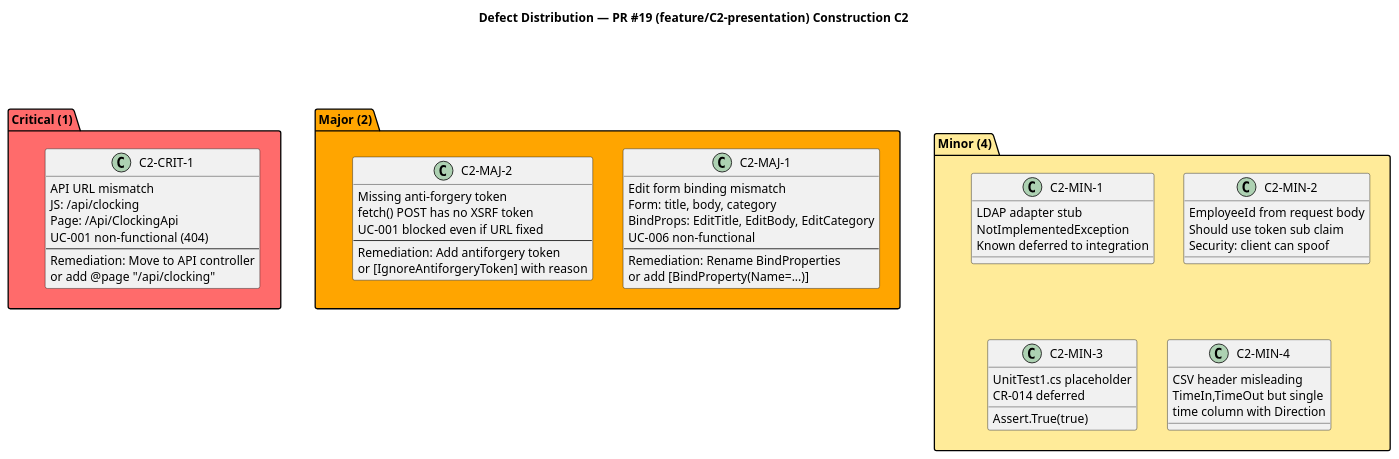
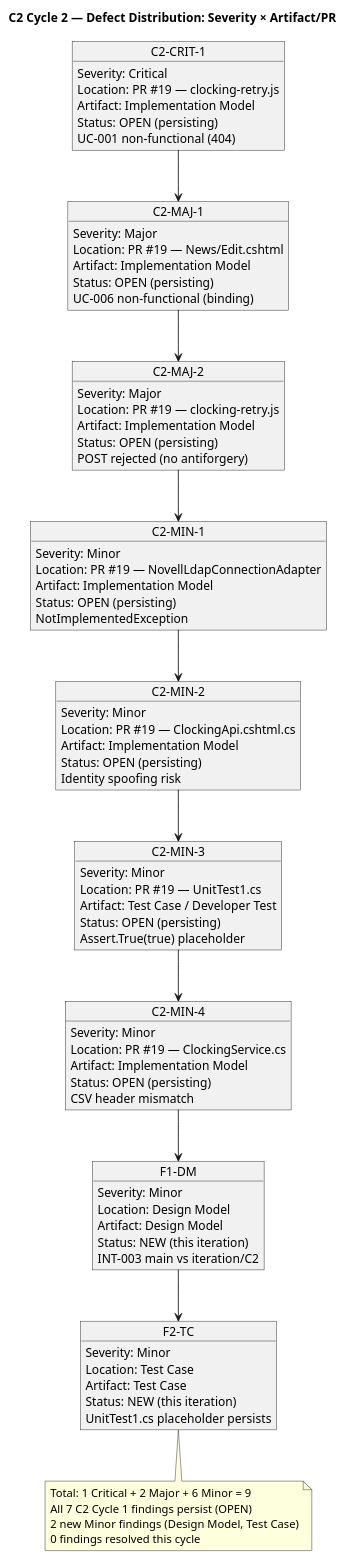
The second of 3 diagrams in docs/artifacts/project-management/review-record.md (banense-test/portal-cuba-corp), drawn with PlantUML before and after one commit. The commit also changed other lines of this file, not shown here.

````diff
--- a/docs/artifacts/project-management/review-record.md
+++ b/docs/artifacts/project-management/review-record.md
@@ -195,67 +186,97 @@
 ```plantuml
 @startuml
-title Defect Distribution — PR #19 (feature/C2-presentation) Construction C2
+title C2 Cycle 2 — Defect Distribution: Severity × Artifact/PR
 
 skinparam classAttributeIconSize 0
 skinparam monochrome false
 
-package "Critical (1)" as crit #FF6B6B {
-  class "C2-CRIT-1" as c1 {
-    API URL mismatch
-    JS: /api/clocking
-    Page: /Api/ClockingApi
-    UC-001 non-functional (404)
-    --
-    Remediation: Move to API controller
-    or add @page "/api/clocking"
-  }
+object "C2-CRIT-1" as CRIT1 {
+  Severity: Critical
+  Location: PR #19 — clocking-retry.js
+  Artifact: Implementation Model
+  Status: OPEN (persisting)
+  UC-001 non-functional (404)
 }
 
-package "Major (2)" as maj #FFA500 {
-  class "C2-MAJ-1" as m1 {
-    Edit form binding mismatch
-    Form: title, body, category
-    BindProps: EditTitle, EditBody, EditCategory
-    UC-006 non-functional
-    --
-    Remediation: Rename BindProperties
-    or add [BindProperty(Name=...)]
-  }
-  class "C2-MAJ-2" as m2 {
-    Missing anti-forgery token
-    fetch() POST has no XSRF token
-    UC-001 blocked even if URL fixed
-    --
-    Remediation: Add antiforgery token
-    or [IgnoreAntiforgeryToken] with reason
-  }
+object "C2-MAJ-1" as MAJ1 {
+  Severity: Major
+  Location: PR #19 — News/Edit.cshtml
+  Artifact: Implementation Model
+  Status: OPEN (persisting)
+  UC-006 non-functional (binding)
 }
 
-package "Minor (4)" as min #FFEB99 {
-  class "C2-MIN-1" as mi1 {
-    LDAP adapter stub
-    NotImplementedException
-    Known deferred to integration
-  }
-  class "C2-MIN-2" as mi2 {
-    EmployeeId from request body
-    Should use token sub claim
-    Security: client can spoof
-  }
-  class "C2-MIN-3" as mi3 {
-    UnitTest1.cs placeholder
-    Assert.True(true)
-    CR-014 deferred
-  }
-  class "C2-MIN-4" as mi4 {
-    CSV header misleading
-    TimeIn,TimeOut but single
-    time column with Direction
-  }
+object "C2-MAJ-2" as MAJ2 {
+  Severity: Major
+  Location: PR #19 — clocking-retry.js
+  Artifact: Implementation Model
+  Status: OPEN (persisting)
+  POST rejected (no antiforgery)
 }
 
-crit -[hidden]right-> maj
-maj -[hidden]right-> min
+object "C2-MIN-1" as MIN1 {
+  Severity: Minor
+  Location: PR #19 — NovellLdapConnectionAdapter
+  Artifact: Implementation Model
+  Status: OPEN (persisting)
+  NotImplementedException
+}
+
+object "C2-MIN-2" as MIN2 {
+  Severity: Minor
+  Location: PR #19 — ClockingApi.cshtml.cs
+  Artifact: Implementation Model
+  Status: OPEN (persisting)
+  Identity spoofing risk
+}
+
+object "C2-MIN-3" as MIN3 {
+  Severity: Minor
+  Location: PR #19 — UnitTest1.cs
+  Artifact: Test Case / Developer Test
+  Status: OPEN (persisting)
+  Assert.True(true) placeholder
+}
+
+object "C2-MIN-4" as MIN4 {
+  Severity: Minor
+  Location: PR #19 — ClockingService.cs
+  Artifact: Implementation Model
+  Status: OPEN (persisting)
+  CSV header mismatch
+}
+
+object "F1-DM" as F1DM {
+  Severity: Minor
+  Location: Design Model
+  Artifact: Design Model
+  Status: NEW (this iteration)
+  INT-003 main vs iteration/C2
+}
+
+object "F2-TC" as F2TC {
+  Severity: Minor
+  Location: Test Case
+  Artifact: Test Case
+  Status: NEW (this iteration)
+  UnitTest1.cs placeholder persists
+}
+
+CRIT1 --> MAJ1
+MAJ1 --> MAJ2
+MAJ2 --> MIN1
+MIN1 --> MIN2
+MIN2 --> MIN3
+MIN3 --> MIN4
+MIN4 --> F1DM
+F1DM --> F2TC
+
+note bottom of F2TC
+  Total: 1 Critical + 2 Major + 6 Minor = 9
+  All 7 C2 Cycle 1 findings persist (OPEN)
+  2 new Minor findings (Design Model, Test Case)
+  0 findings resolved this cycle
+end note
 
 @enduml
 ```
````
